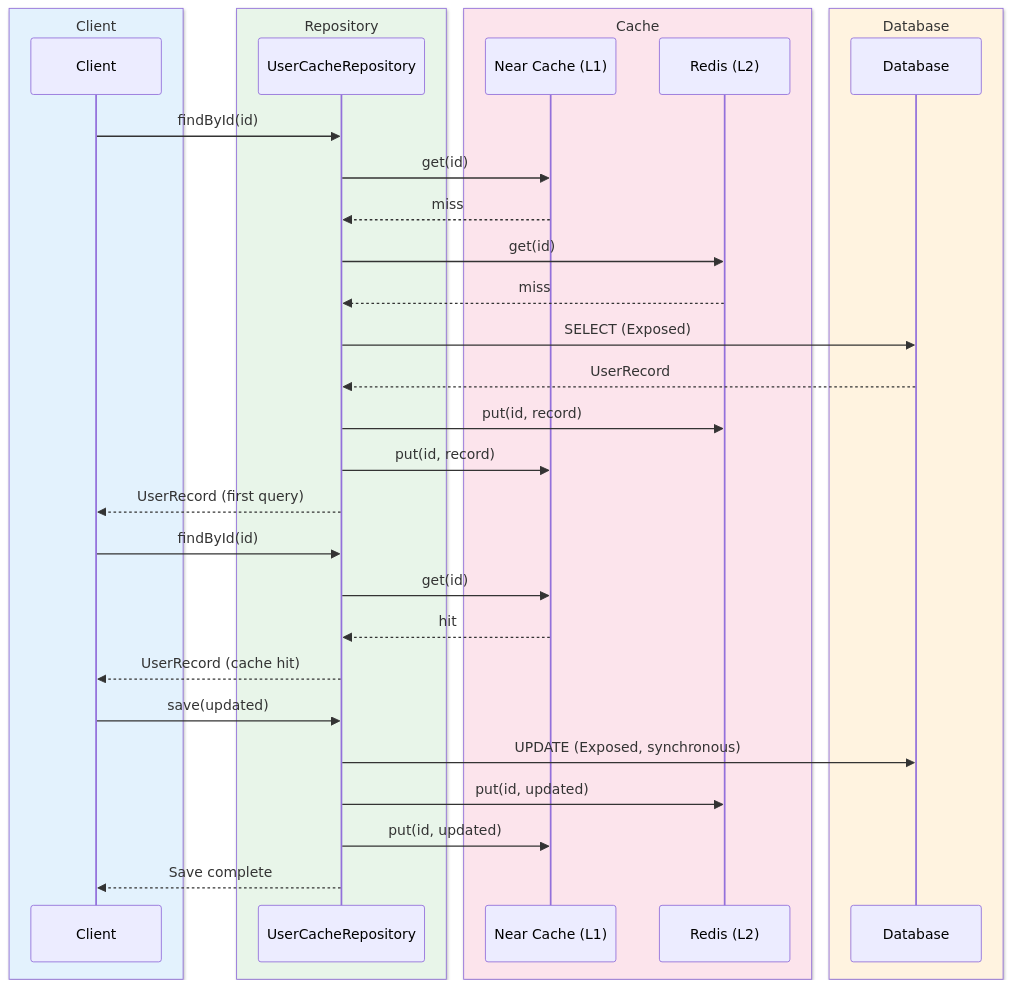
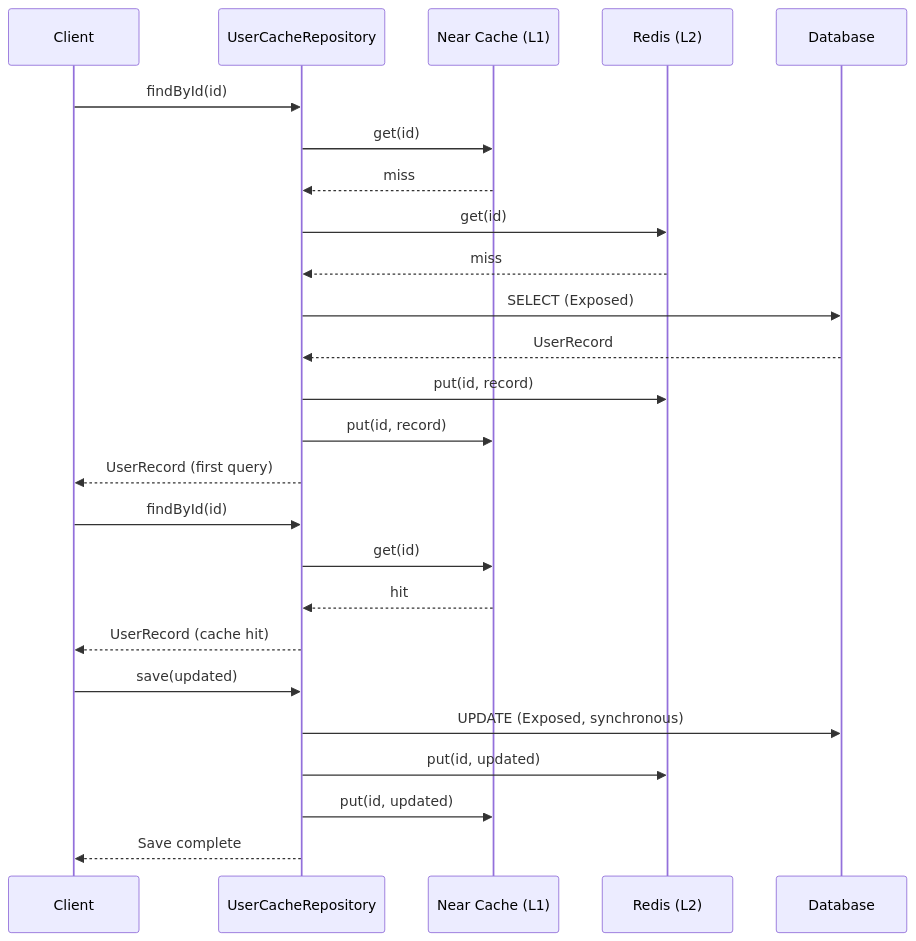
Before and after one commit to bluetape4k/exposed-workshop: the fifth of 5 diagrams in 11-high-performance/01-cache-strategies/README.md, drawn with Mermaid. The commit also changed other lines of this file and 42 other files, not shown here.

First line of the commit message:
docs: sequence diagram에서 box rgb() 제거 (option 1 - GitHub dark mode 기본 렌더링 사용)

````diff
--- a/11-high-performance/01-cache-strategies/README.md
+++ b/11-high-performance/01-cache-strategies/README.md
@@ -219,36 +211,28 @@
 ```mermaid
 %%{init: {"theme": "neutral", "themeVariables": {"fontFamily": "'Comic Mono', 'goorm sans code', 'JetBrains Mono', 'goorm sans'"}}}%%
 sequenceDiagram
-    box rgb(227, 242, 253) Client
-        participant C as Client
-    end
-    box rgb(232, 245, 233) Repository
-        participant R as UserCacheRepository
-    end
-    box rgb(252, 228, 236) Cache
-        participant NC as Near Cache (L1)
-        participant RD as Redis (L2)
-    end
-    box rgb(255, 243, 224) Database
-        participant DB as Database
-    end
+    participant C as Client
+    participant R as UserCacheRepository
+    participant NC as Near Cache (L1)
+    participant RD as Redis (L2)
+    participant DB as Database
     C ->> R: findById(id)
     R ->> NC: get(id)
     NC -->> R: miss
     R ->> RD: get(id)
     RD -->> R: miss
     R ->> DB: SELECT (Exposed)
     DB -->> R: UserRecord
     R ->> RD: put(id, record)
     R ->> NC: put(id, record)
     R -->> C: UserRecord (first query)
     C ->> R: findById(id)
     R ->> NC: get(id)
     NC -->> R: hit
     R -->> C: UserRecord (cache hit)
     C ->> R: save(updated)
     R ->> DB: UPDATE (Exposed, synchronous)
     R ->> RD: put(id, updated)
     R ->> NC: put(id, updated)
     R -->> C: Save complete
 ```
````
